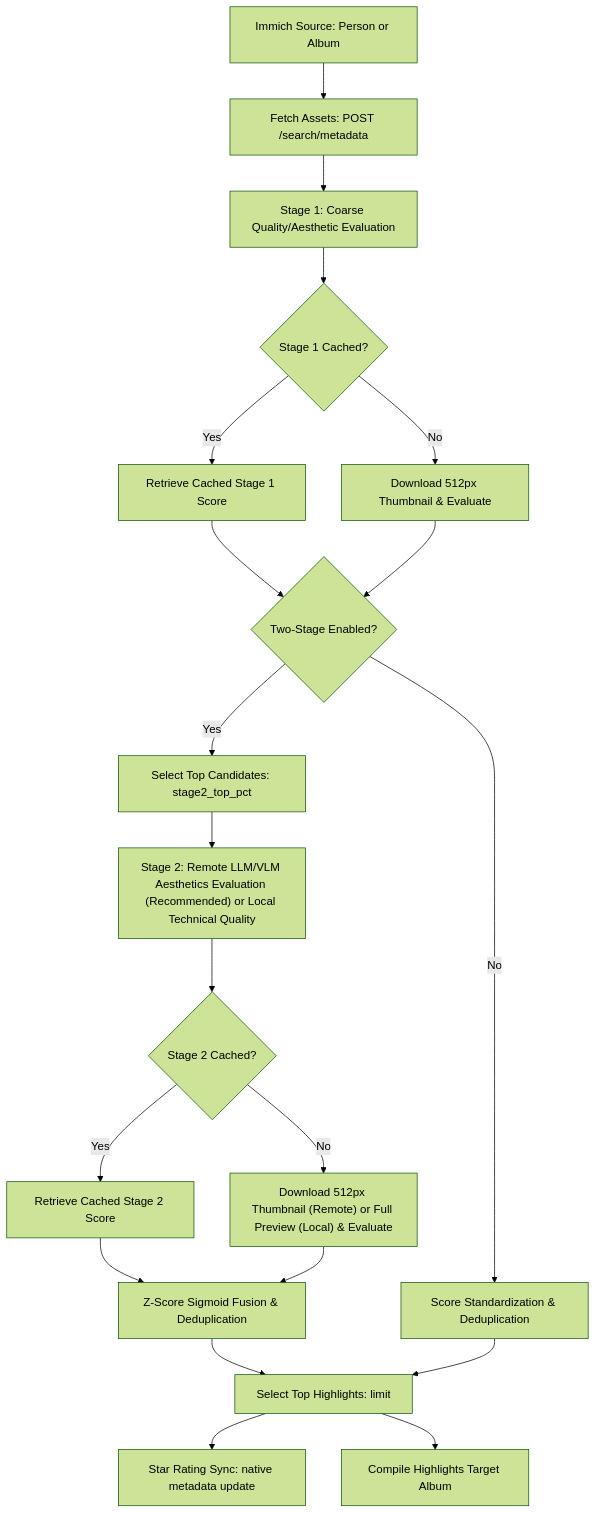
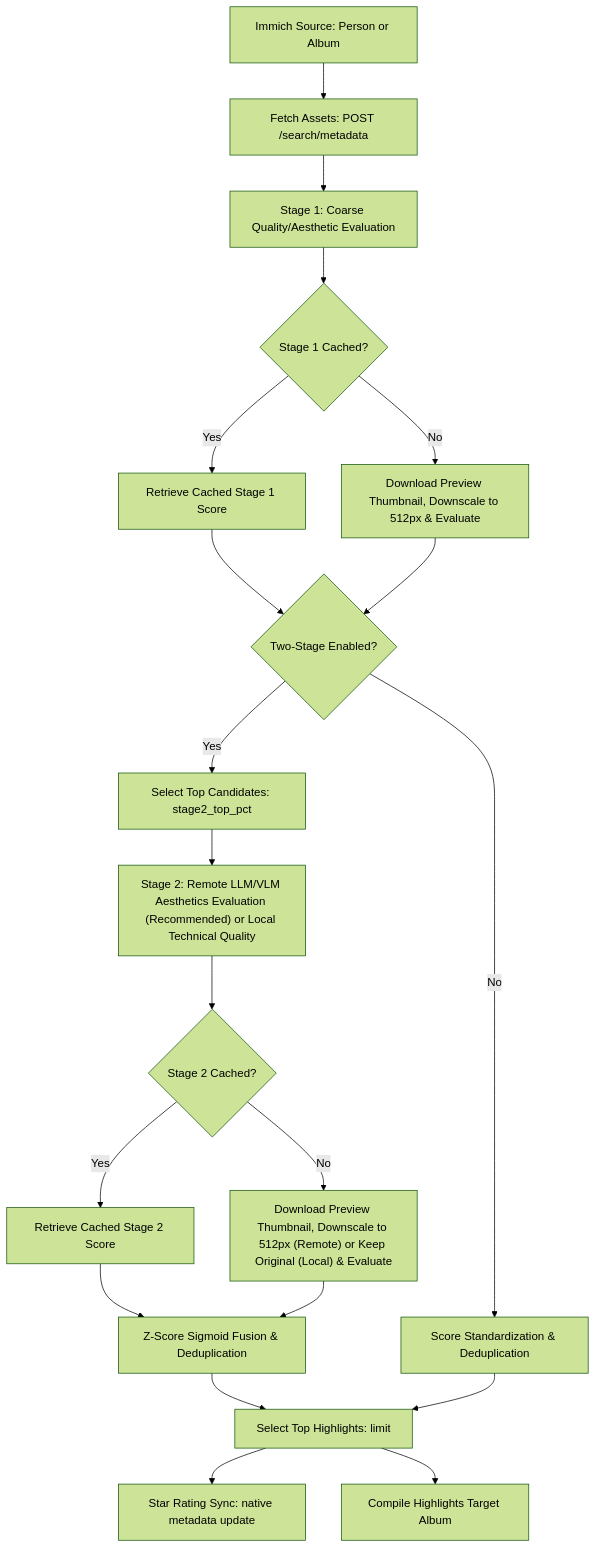
Before and after one commit to jbelew/immich-aesthetic-scorer: the diagram in code_review_and_architecture.md, drawn with Mermaid (forest theme). The commit also changed 1 other file, not shown here.

Commit message:
docs: clarify thumbnail downscaling in flow diagrams
- Change node labels in README.md and code_review_and_architecture.md to show that the client downloads the preview thumbnail and downscales it to 512px locally

````diff
--- a/code_review_and_architecture.md
+++ b/code_review_and_architecture.md
@@ -11,26 +11,26 @@
 ```mermaid
 graph TD
     A[Immich Source: Person or Album] --> B[Fetch Assets: POST /search/metadata]
     B --> C[Stage 1: Coarse Quality/Aesthetic Evaluation]
     C --> D{Stage 1 Cached?}
     D -->|Yes| E[Retrieve Cached Stage 1 Score]
-    D -->|No| F[Download 512px Thumbnail & Evaluate]
+    D -->|No| F[Download Preview Thumbnail, Downscale to 512px & Evaluate]
     E --> H{Two-Stage Enabled?}
     F --> H
 
     H -->|Yes| I[Select Top Candidates: stage2_top_pct]
     I --> J["Stage 2: Remote LLM/VLM Aesthetics Evaluation (Recommended) or Local Technical Quality"]
     J --> K{Stage 2 Cached?}
     K -->|Yes| L[Retrieve Cached Stage 2 Score]
-    K -->|No| M["Download 512px Thumbnail (Remote) or Full Preview (Local) & Evaluate"]
+    K -->|No| M["Download Preview Thumbnail, Downscale to 512px (Remote) or Keep Original (Local) & Evaluate"]
     L --> N[Z-Score Sigmoid Fusion & Deduplication]
     M --> N
 
     H -->|No| O[Score Standardization & Deduplication]
 
     N --> P[Select Top Highlights: limit]
     O --> P
 
     P --> Q[Star Rating Sync: native metadata update]
     P --> R[Compile Highlights Target Album]
 ```
````
